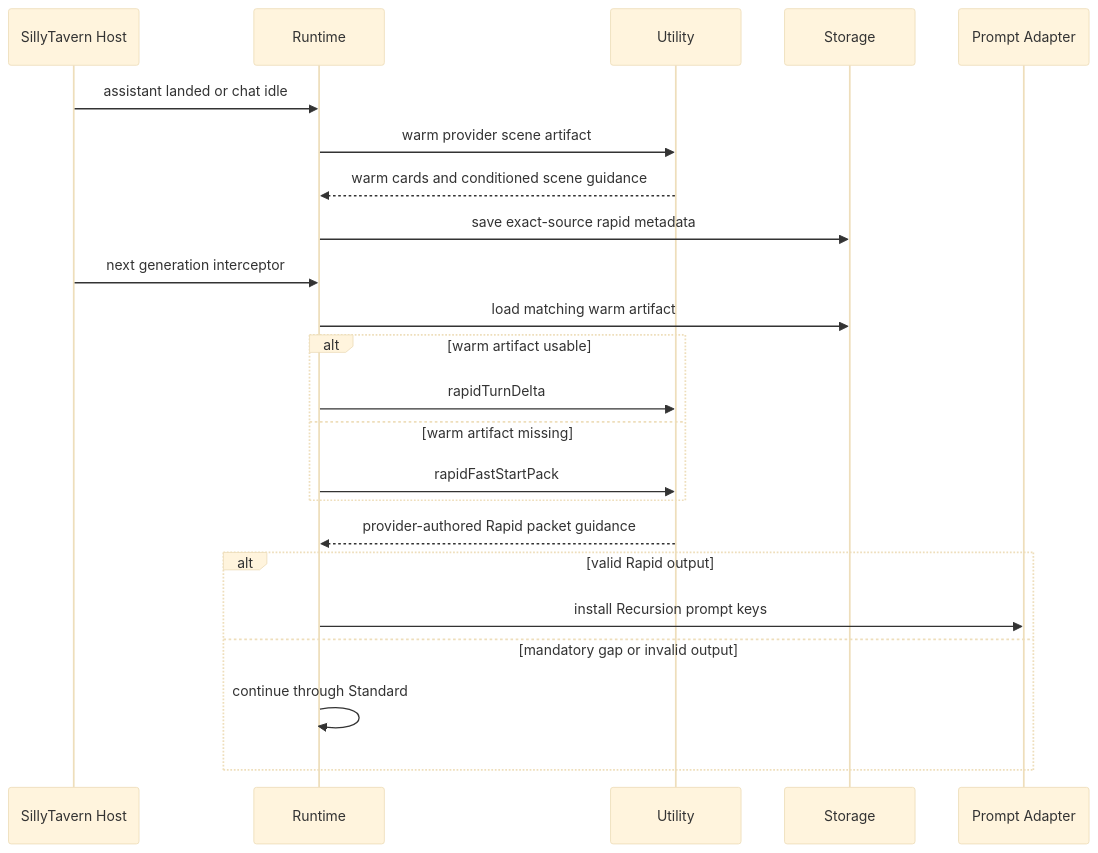
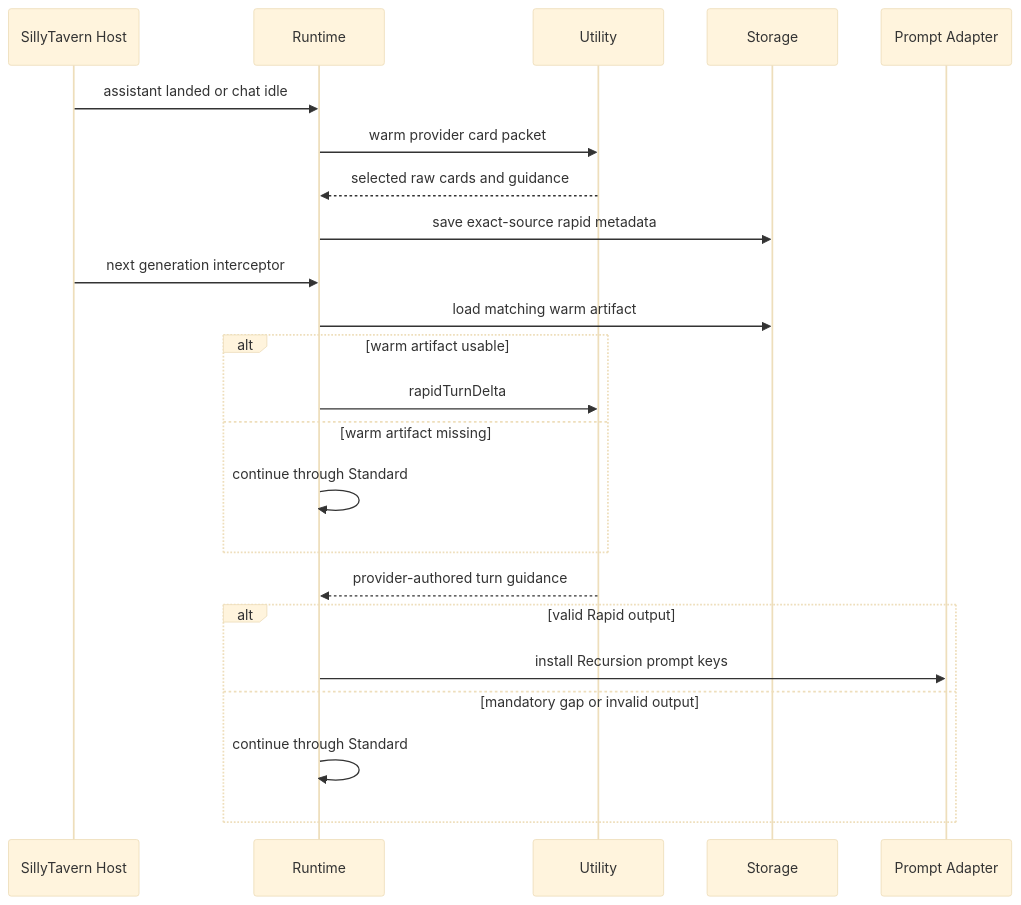
One commit to MentallyQuill/Recursion changed the second of 4 diagrams in docs/technical/RUNTIME_TURN_SEQUENCE.md. Above: the diagram before and after it, drawn with Mermaid (base theme). The commit also changed other lines of this file and 42 other files, not shown here.

````diff
--- a/docs/technical/RUNTIME_TURN_SEQUENCE.md
+++ b/docs/technical/RUNTIME_TURN_SEQUENCE.md
@@ -53,26 +53,26 @@
 ```mermaid
 sequenceDiagram
     participant Host as SillyTavern Host
     participant Runtime as Runtime
     participant Utility as Utility
     participant Storage as Storage
     participant Adapter as Prompt Adapter
 
     Host->>Runtime: assistant landed or chat idle
-    Runtime->>Utility: warm provider scene artifact
-    Utility-->>Runtime: warm cards and conditioned scene guidance
+    Runtime->>Utility: warm provider card packet
+    Utility-->>Runtime: selected raw cards and guidance
     Runtime->>Storage: save exact-source rapid metadata
     Host->>Runtime: next generation interceptor
     Runtime->>Storage: load matching warm artifact
     alt warm artifact usable
         Runtime->>Utility: rapidTurnDelta
     else warm artifact missing
-        Runtime->>Utility: rapidFastStartPack
+        Runtime->>Runtime: continue through Standard
     end
-    Utility-->>Runtime: provider-authored Rapid packet guidance
+    Utility-->>Runtime: provider-authored turn guidance
     alt valid Rapid output
         Runtime->>Adapter: install Recursion prompt keys
     else mandatory gap or invalid output
         Runtime->>Runtime: continue through Standard
     end
 ```
````
